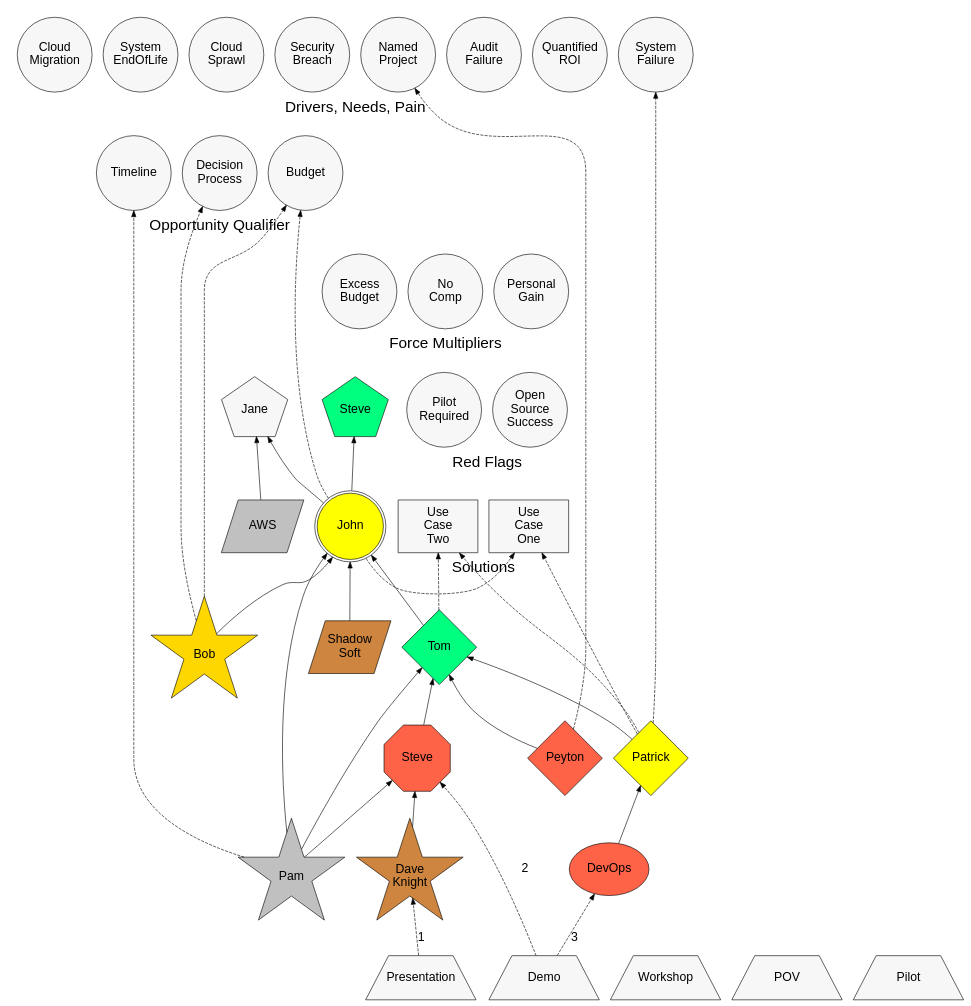
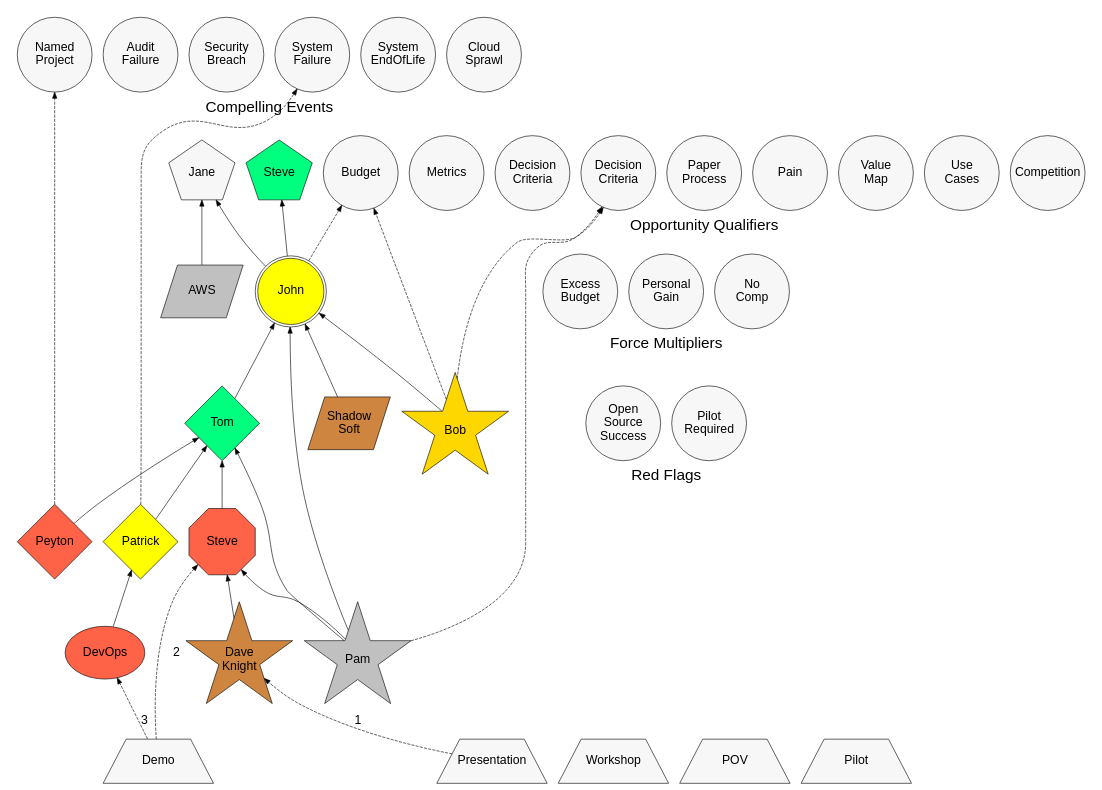
The diagram in example.dot (joshuaNjordan85/SouthStrategicOps), drawn with Graphviz before and after one commit.

Commit message:
Major restructure of Indicators. Removed solution blocks.

```diff
--- a/example.dot
+++ b/example.dot
@@ -137,23 +137,6 @@
 AWS [label="AWS", fillcolor=silver]
 ShadowSoft [label="Shadow\nSoft", fillcolor=peru]
 
- 
-
-//
-// Solutions 
-//
-
-subgraph cluster_solutions {
-  // Maintain the "UseCase<#>" convention!
-  label = "Solutions"
-  node [shape=box]
-
-  UseCase1 [label="Use\nCase\nOne"] 
-  UseCase2 [label="Use\nCase\nTwo"] 
-
-  {rank=same "UseCase1" "UseCase2"} 
-}
-
 //
 // Indicators 
 //
@@ -172,9 +155,9 @@
   label = "Force Multipliers"
   node [shape=circle, width=1.7, height=1.7]
 
-  PersonalGain [label="Personal\nGain", fillcolor=grey97] // Seeking career advancement, or trying to save job 
-  NoComp [label="No\nComp", fillcolor=grey97]       // No external competition or RFP
-  ExcessBudget [label="Excess\nBudget", fillcolor=grey97] // Use it or lose it
+  NoComp [label="No\nComp"]       // No external competition or RFP
+  PersonalGain [label="Personal\nGain"] // Seeking career advancement, or trying to save job 
+  ExcessBudget [label="Excess\nBudget"] // Use it or lose it
 
   {rank=same PersonalGain NoComp ExcessBudget}
 }
@@ -184,8 +167,8 @@
   label = "Red Flags"
   node [shape=circle, width=1.7, height=1.7]
 
-  OSS [label="Open\nSource\nSuccess", fillcolor=grey97] 
-  OnPrem [label="Pilot\nRequired", fillcolor=grey97] 
+  OnPrem [label="Pilot\nRequired"] 
+  OSS [label="Open\nSource\nSuccess"] 
 
   {rank=same "OSS" "OnPrem"}
 }
@@ -193,40 +176,48 @@
 
 subgraph cluster_tablestakes {
   // Colors: deepskyblue, grey97 
-  label = "Opportunity Qualifier"
+  label = "Opportunity Qualifiers"
   node [shape=circle, width=1.7, height=1.7]
 
-  // BanT
-  // The "a" are the executive and buyer nodes.
-  // The "n" are the various Drivers, Needs and Pain nodes. 
-  Budget [fillcolor=grey97] 
-  Timeline [fillcolor=grey97]
+  // BanT and MeDDPICc
+  // The "a" are the Exec and Buyer nodes
+  // The "n" is the UseCases node
+  // The "e" is the Buyer node
+  // The "c" is the Champion node
+  Competition [fillcolor=grey97] // The "C"
 
-  // meDDic (Decision criteria and process)
-  // The "e" is the buyer node. The "c" is the champion node.
-  // The "m" is the Quantified ROI (money made or saved) 
-  // The "i" are the various Drivers, Needs and Pain nodes 
-  DecisionProcess [label="Decision\nProcess", fillcolor=grey97]
+  // Big Deal Review
+  UseCases [label="Use\nCases"] // business outcomes
+  ValueMap [label="Value\nMap"] // key enterprise features to business outcomes
 
-  {rank=same Budget Timeline DecisionProcess}
+  // Back to BanT and MeDDPICc
+  Pain [fillcolor=grey97] // The "I"
+  PaperProcess [label="Paper\nProcess"] // The "P"
+  DecisionProcess [label="Decision\nCriteria"] // The "T" and a "D"
+  DecisionCriteria [label="Decision\nCriteria"] // The other "D"
+  Metrics  // The "M", how we could calculate an ROI
+  Budget   // The "B"
+
+
+  {rank=same Budget Metrics DecisionCriteria DecisionProcess PaperProcess Pain Competition UseCases ValueMap}
+
+
 }
 
 subgraph cluster_needs {
   // Colors: deepskyblue, grey97 
-  label = "Drivers, Needs, Pain"
+  label = "Compelling Events"
   node [shape=circle, width=1.7, height=1.7]
 
   // Business Drivers  BANT needs / MEDDIC pain
-  NamedProject [label="Named\nProject", fillcolor=grey97] // This means there is a planned business initiative
-  QuantifiedROI [label="Quantified\nROI", fillcolor=grey97]
-  AuditFailure [label="Audit\nFailure", fillcolor=grey97]
-  SystemFailure [label="System\nFailure", fillcolor=grey97]
-  SecurityBreach [label="Security\nBreach", fillcolor=grey97]
-  CloudSprawl [label="Cloud\nSprawl", fillcolor=grey97] 
-  SystemEndOfLife [label="System\nEndOfLife", fillcolor=grey97] 
-  CloudMigration [label="Cloud\nMigration", fillcolor=grey97]
+  CloudSprawl [label="Cloud\nSprawl"] 
+  SystemEndOfLife [label="System\nEndOfLife"] 
+  SystemFailure [label="System\nFailure"]
+  SecurityBreach [label="Security\nBreach"]
+  AuditFailure [label="Audit\nFailure"]
+  NamedProject [label="Named\nProject"] // This means there is a planned business initiative
 
-  {rank=same "NamedProject" "AuditFailure" "SystemFailure" "SecurityBreach" "CloudSprawl" "SystemEndOfLife" "CloudMigration"}
+  {rank=same "NamedProject" "AuditFailure" "SystemFailure" "SecurityBreach" "CloudSprawl" "SystemEndOfLife"}
 }
 
 
@@ -266,10 +257,9 @@
 // Rank 3 - Force Multipliers
 OSS -> PersonalGain
 // Rank 4 - Red flags
-UseCase1 -> OSS
-// Rank 5 - Solutions
-Presentation -> UseCase1
-// Rank N - SE Activities
+Presentation -> OSS 
+// Rank 5:N - Org
+// Rank N+1 - SE Activities
 
 
 
@@ -311,12 +301,7 @@
 BobSmith -> Budget 
 JohnSmith -> Budget
 
-JohnSmith -> UseCase1
-PatMahomes -> UseCase1
-PatMahomes -> UseCase2
-
-TomBrady -> UseCase2
-PamSmith -> Timeline
+PamSmith -> DecisionProcess
 
 
 
```
